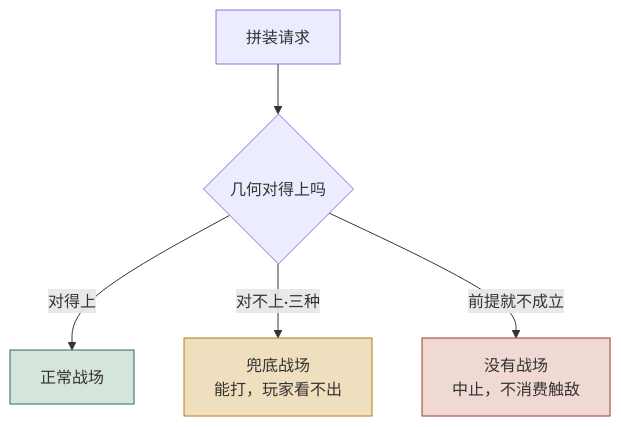
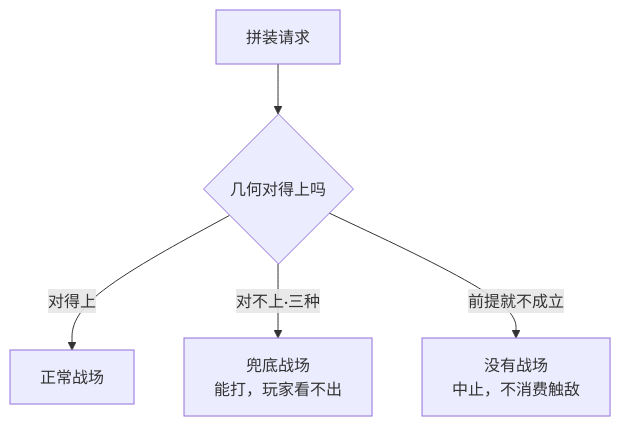
One commit to g4berolo/XGameHarness changed the first of 5 diagrams in plugins/game-studio-core/docs/diagrams.md. Above: the diagram before and after it, drawn with Mermaid. The commit also changed other lines of this file and 4 other files, not shown here.

First line of the commit message:
docs(diagrams): spatial illustrations in ```svg, and every diagram names its colours instead of writing them

````diff
--- a/plugins/game-studio-core/docs/diagrams.md
+++ b/plugins/game-studio-core/docs/diagrams.md
@@ -57,10 +64,10 @@
 ```mermaid
 flowchart TD
     A[拼装请求] --> B{几何对得上吗}
     B -->|对得上| C[正常战场]
     B -->|对不上·三种| D[兜底战场<br/>能打，玩家看不出]
     B -->|前提就不成立| E[没有战场<br/>中止，不消费触敌]
-    style C fill:#d6e5dc,stroke:#2d6a4f
-    style D fill:#f0dfbe,stroke:#b8791c
-    style E fill:#f0d9d3,stroke:#9c3b2b
+    class C ok
+    class D warn
+    class E no
 ```
````
